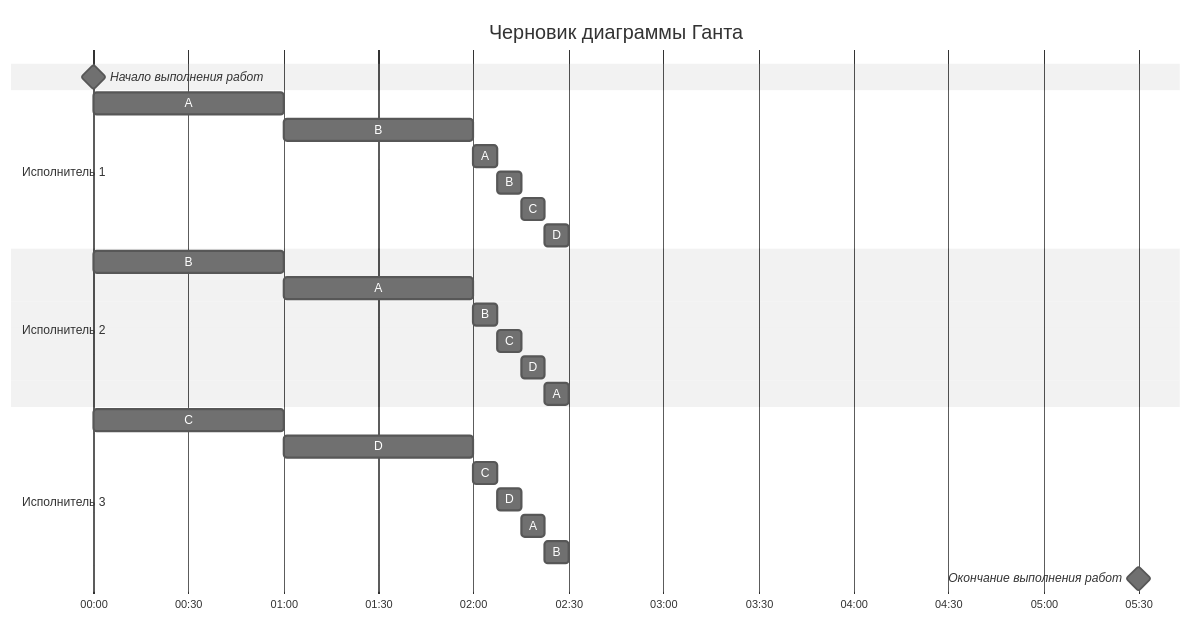
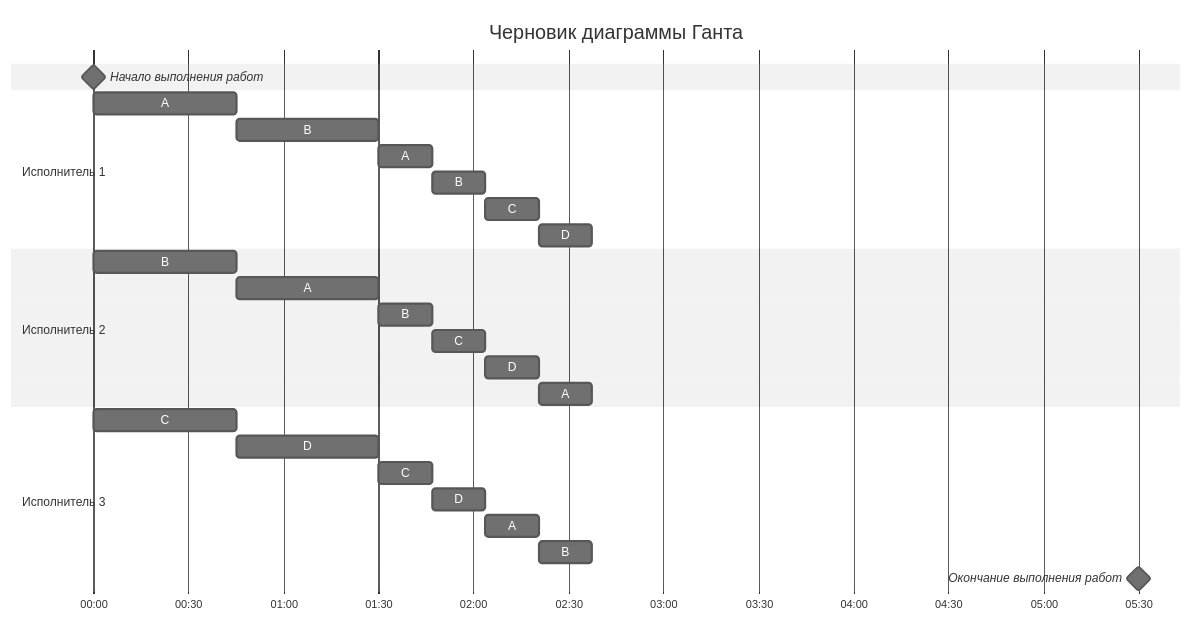
Before and after one commit to algos-ris-24-3/manual-tasks: the second of 3 diagrams in Задание 5/syndicate.md, drawn with Mermaid (neutral theme). The commit also changed other lines of this file, not shown here.

````diff
--- a/Задание 5/syndicate.md
+++ b/Задание 5/syndicate.md
@@ -115,29 +119,29 @@
 ```mermaid
 gantt
     title Черновик диаграммы Ганта
     dateFormat DD HH:mm    
     axisFormat %H:%M
     Начало выполнения работ : milestone, m1, 01 00:00, 0h
     section Исполнитель 1
-    A         :a1, 01 00:00, 1h
-    B         :a2, after a1, 1h
-    A         :a3, 01 02:00, 0.125h
-    B         :a4, after a3, 0.125h
-    C         :a5, after a4, 0.125h
-    D         :a6, after a5, 0.125h
+    A         :a1, 01 00:00, 0.75h
+    B         :a2, after a1, 0.75h
+    A         :a3, 01 01:30, 0.28125h
+    B         :a4, after a3, 0.28125h
+    C         :a5, after a4, 0.28125h
+    D         :a6, after a5, 0.28125h
     section Исполнитель 2
-    B         :b1, 01 00:00, 1h
-    A         :b2, after b1, 1h
-    B         :b3, 01 02:00, 0.125h
-    C         :b4, after b3, 0.125h
-    D         :b5, after b4, 0.125h
-    A         :b6, after b5, 0.125h
+    B         :b1, 01 00:00, 0.75h
+    A         :b2, after b1, 0.75h
+    B         :b3, 01 01:30, 0.28125h
+    C         :b4, after b3, 0.28125h
+    D         :b5, after b4, 0.28125h
+    A         :b6, after b5, 0.28125h
     section Исполнитель 3
-    C         :c1, 01 00:00, 1h
-    D         :c2, after c1, 1h
-    C         :c3, 01 02:00, 0.125h
-    D         :c4, after c3, 0.125h
-    A         :c5, after c4, 0.125h
-    B         :c6, after c5, 0.125h
+    C         :c1, 01 00:00, 0.75h
+    D         :c2, after b1, 0.75h
+    C         :c3, 01 01:30, 0.28125h
+    D         :c4, after c3, 0.28125h
+    A         :c5, after c4, 0.28125h
+    B         :c6, after c5, 0.28125h
     Окончание выполнения работ : milestone, m2, 01 05:30, 0h
 ```
````
